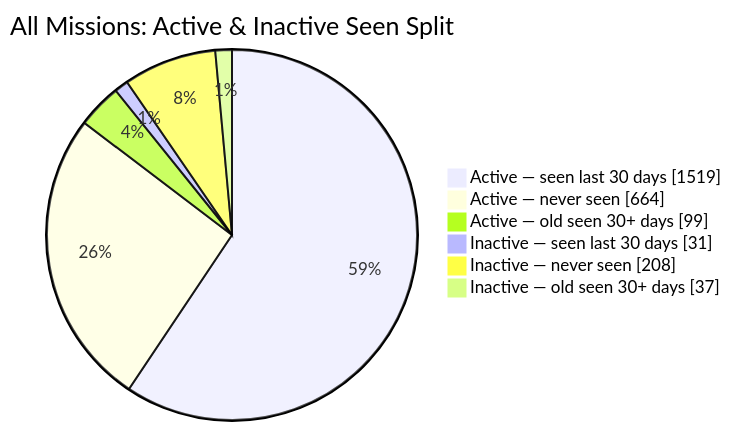
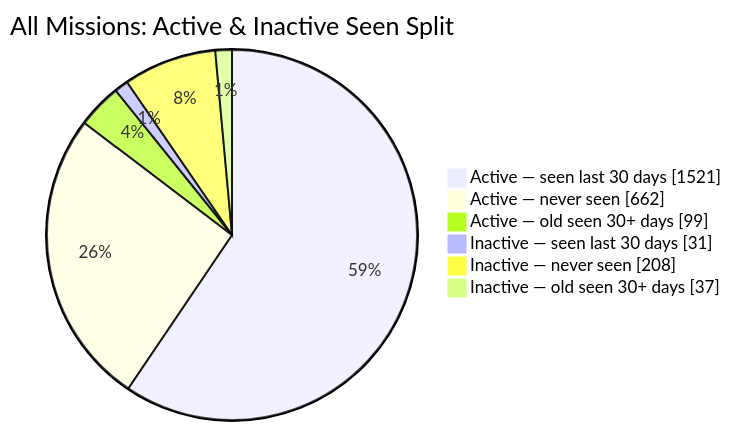
Before and after one commit to MeldkamerspelGameTeam/active-missions: the second of 2 diagrams in README.md, drawn with Mermaid. The commit also changed other lines of this file and 2 other files, not shown here.

````diff
--- a/README.md
+++ b/README.md
@@ -44,10 +44,10 @@
 ```mermaid
 pie showData
     title All Missions: Active & Inactive Seen Split
-    "Active — seen last 30 days" : 1519
-    "Active — never seen" : 664
+    "Active — seen last 30 days" : 1521
+    "Active — never seen" : 662
     "Active — old seen 30+ days" : 99
     "Inactive — seen last 30 days" : 31
     "Inactive — never seen" : 208
     "Inactive — old seen 30+ days" : 37
 ```
````
